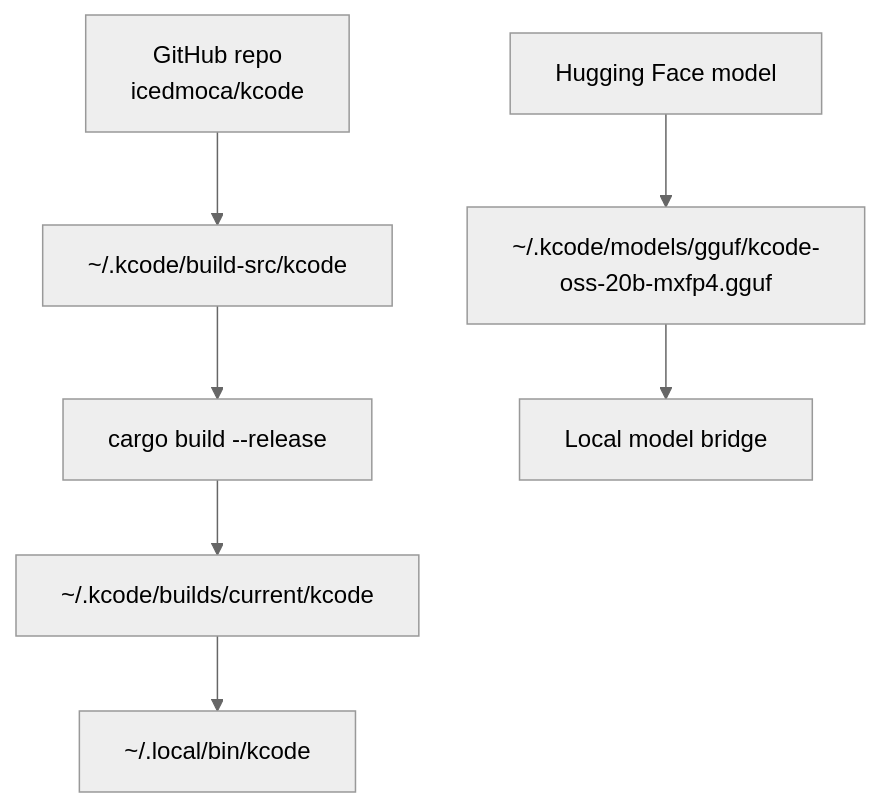
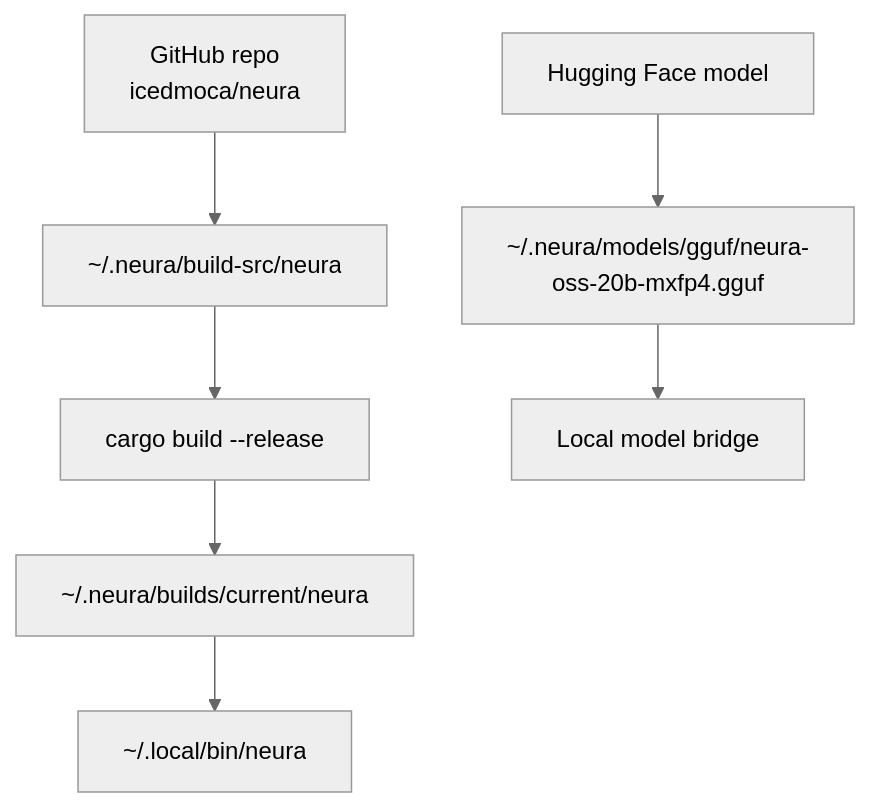
One commit to icedmoca/neura changed diagram 12 of 26 in docs/ABOUT.md. Above: the diagram before and after it, drawn with Mermaid (neutral theme). The commit also changed other lines of this file and 562 other files, not shown here.

Commit message:
Rename Kcode to Neura

````diff
--- a/docs/ABOUT.md
+++ b/docs/ABOUT.md
@@ -436,9 +436,9 @@
 ```mermaid
 flowchart TD
-    Repo[GitHub repo\nicedmoca/kcode] --> Clone[~/.kcode/build-src/kcode]
-    HF[Hugging Face model] --> Model[~/.kcode/models/gguf/kcode-oss-20b-mxfp4.gguf]
+    Repo[GitHub repo\nicedmoca/neura] --> Clone[~/.neura/build-src/neura]
+    HF[Hugging Face model] --> Model[~/.neura/models/gguf/neura-oss-20b-mxfp4.gguf]
     Clone --> Build[cargo build --release]
-    Build --> Current[~/.kcode/builds/current/kcode]
-    Current --> Bin[~/.local/bin/kcode]
+    Build --> Current[~/.neura/builds/current/neura]
+    Current --> Bin[~/.local/bin/neura]
     Model --> Bridge[Local model bridge]
 ```
````
